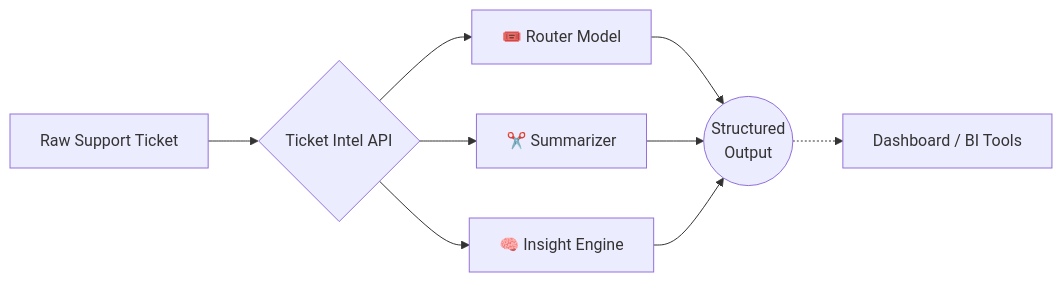
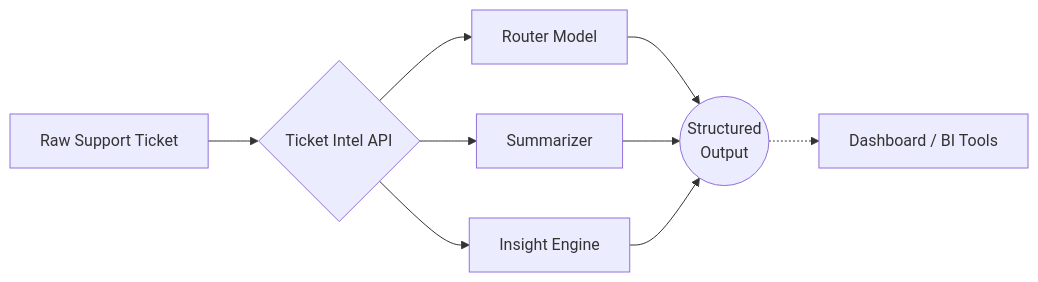
Before and after one commit to CCallahan308/ticket-intel: the diagram in README.md, drawn with Mermaid. The commit also changed other lines of this file, not shown here.

````diff
--- a/README.md
+++ b/README.md
@@ -34,13 +32,13 @@
 ```mermaid
 graph LR
     A[Raw Support Ticket] --> B{Ticket Intel API}
-    B --> C[🎟️ Router Model]
-    B --> D[✂️ Summarizer]
-    B --> E[🧠 Insight Engine]
+    B --> C[ Router Model]
+    B --> D[ Summarizer]
+    B --> E[ Insight Engine]
     
     C --> F((Structured<br>Output))
     D --> F
     E --> F
     
     F -.-> G[Dashboard / BI Tools]
 ```
````
